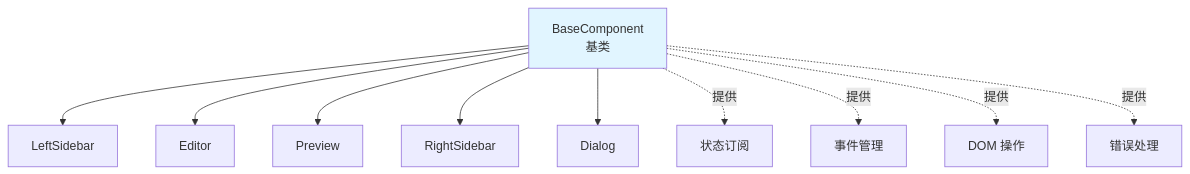
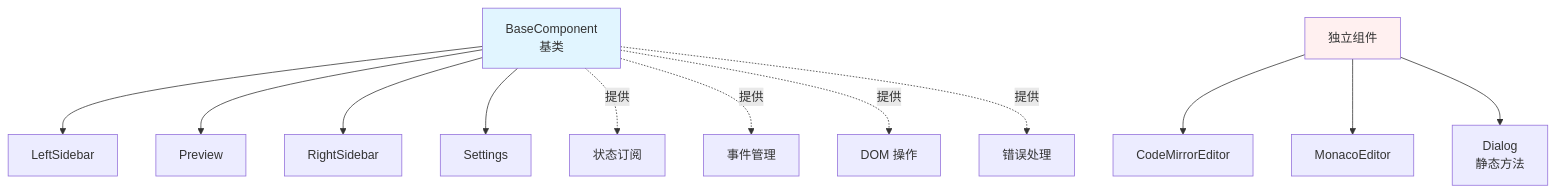
Before and after one commit to ZCShou/markdown: the third of 15 diagrams in docs/arch.md, drawn with Mermaid. The commit also changed other lines of this file and 2 other files, not shown here.

````diff
--- a/docs/arch.md
+++ b/docs/arch.md
@@ -211,15 +218,19 @@
 ```mermaid
 graph TD
     A[BaseComponent<br/>基类] --> B[LeftSidebar]
-    A --> C[Editor]
-    A --> D[Preview]
-    A --> E[RightSidebar]
-    A --> F[Dialog]
+    A --> C[Preview]
+    A --> D[RightSidebar]
+    A --> E[Settings]
     
-    A -.提供.-> G[状态订阅]
-    A -.提供.-> H[事件管理]
-    A -.提供.-> I[DOM 操作]
-    A -.提供.-> J[错误处理]
+    F[独立组件] --> G[CodeMirrorEditor]
+    F --> H[MonacoEditor]
+    F --> I[Dialog<br/>静态方法]
+    
+    A -.提供.-> J[状态订阅]
+    A -.提供.-> K[事件管理]
+    A -.提供.-> L[DOM 操作]
+    A -.提供.-> M[错误处理]
     
     style A fill:#e1f5ff
+    style F fill:#fff0f0
 ```
````
